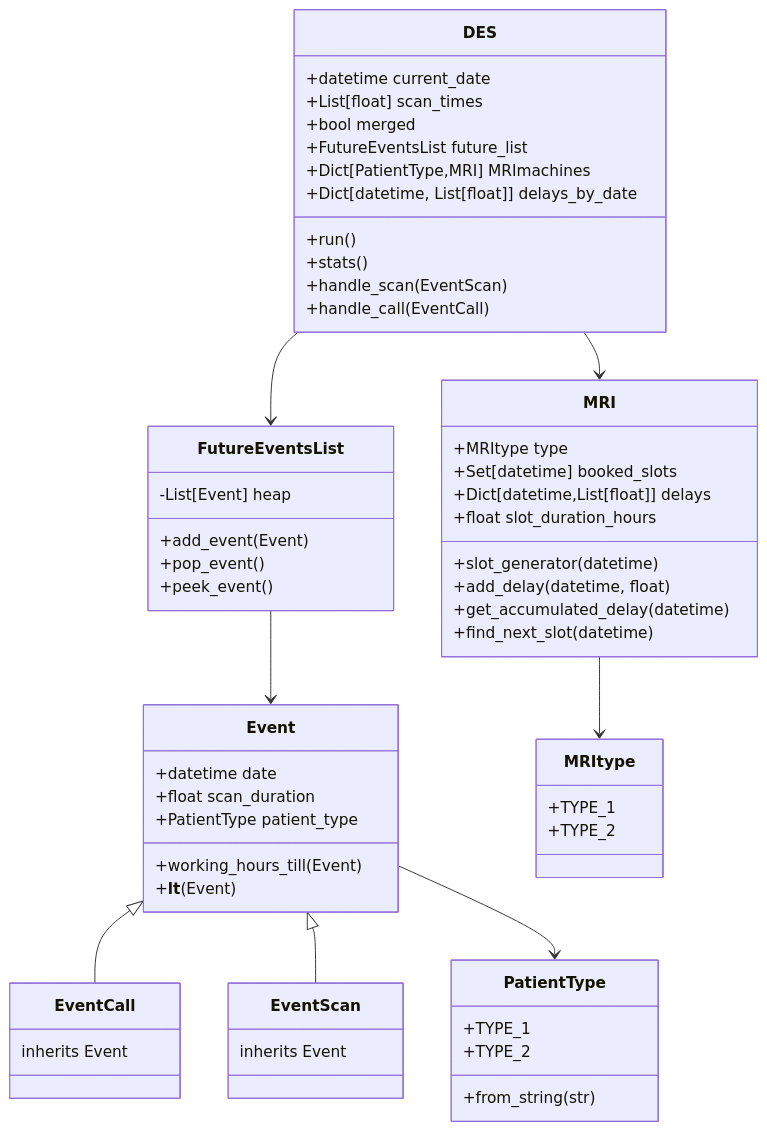
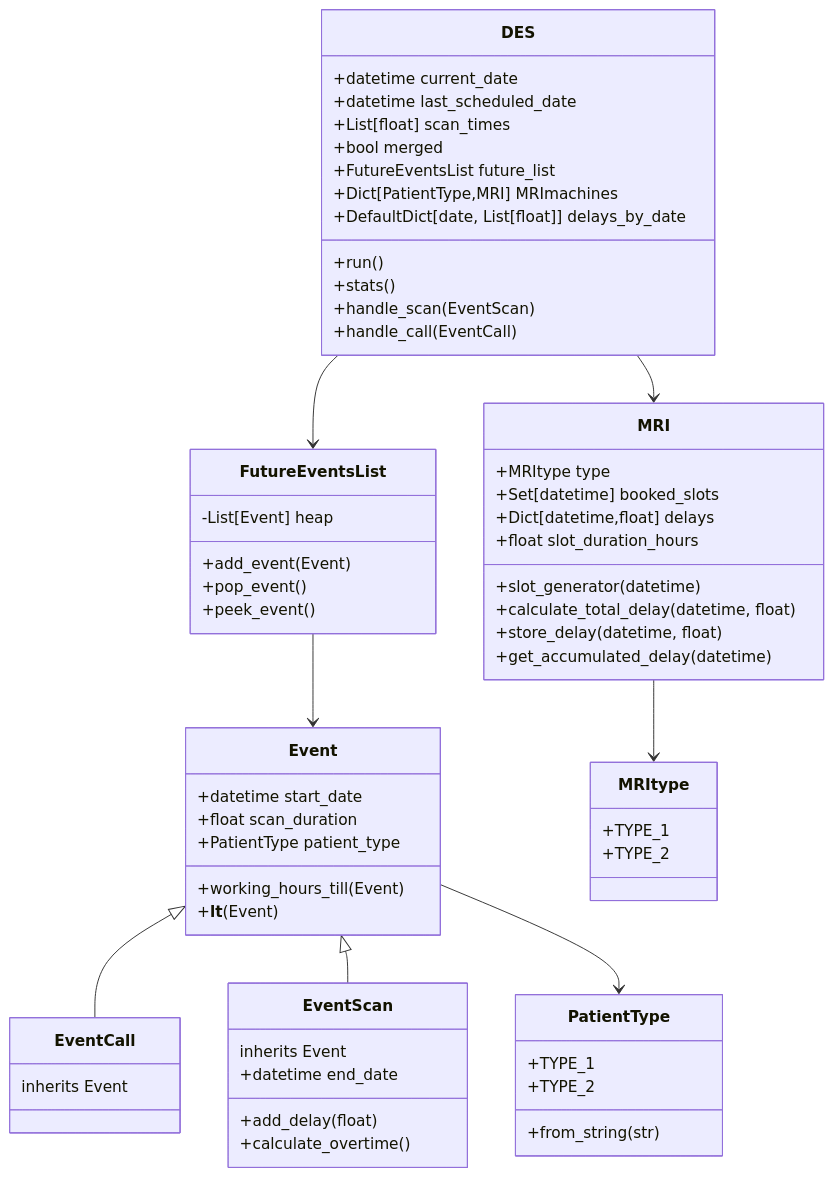
Before and after one commit to QuinnCuijpers/Computational-Assignment: the diagram in README.md, drawn with Mermaid. The commit also changed other lines of this file and 4 other files, not shown here.

````diff
--- a/README.md
+++ b/README.md
@@ -10,60 +10,64 @@
 ```mermaid
 classDiagram
 class Event {
-+datetime date
++datetime start_date
 +float scan_duration
 +PatientType patient_type
 +working_hours_till(Event)
 +__lt__(Event)
 }
 class EventCall {
 inherits Event
 }
 class EventScan {
 inherits Event
++datetime end_date
++add_delay(float)
++calculate_overtime()
 }
 class PatientType {
 +TYPE_1
 +TYPE_2
 +from_string(str)
 }
 class MRItype {
 +TYPE_1
 +TYPE_2
 }
 class MRI {
 +MRItype type
 +Set[datetime] booked_slots
-+Dict[datetime,List[float]] delays
++Dict[datetime,float] delays
 +float slot_duration_hours
 +slot_generator(datetime)
-+add_delay(datetime, float)
++calculate_total_delay(datetime, float)
++store_delay(datetime, float)
 +get_accumulated_delay(datetime)
-+find_next_slot(datetime)
 }
 class FutureEventsList {
 -List[Event] heap
 +add_event(Event)
 +pop_event()
 +peek_event()
 }
 class DES {
 +datetime current_date
++datetime last_scheduled_date
 +List[float] scan_times
 +bool merged
 +FutureEventsList future_list
 +Dict[PatientType,MRI] MRImachines
-+Dict[datetime, List[float]] delays_by_date
++DefaultDict[date, List[float]] delays_by_date
 +run()
 +stats()
 +handle_scan(EventScan)
 +handle_call(EventCall)
 }
 Event <|-- EventCall
 Event <|-- EventScan
 Event --> PatientType
 MRI --> MRItype
 DES --> FutureEventsList
 DES --> MRI
 FutureEventsList --> Event
 ```
````
